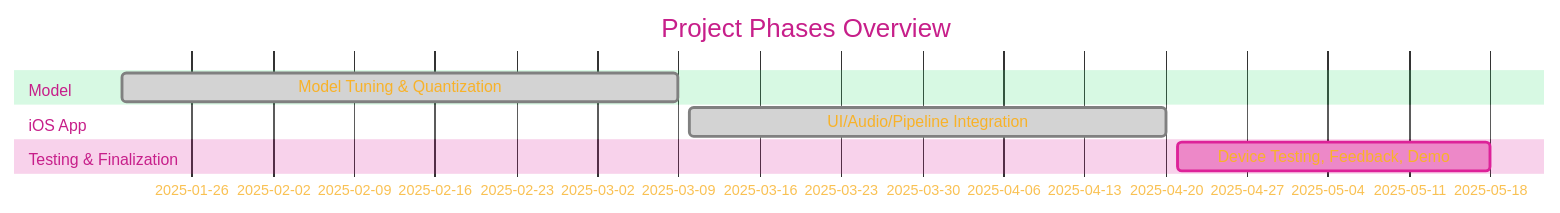
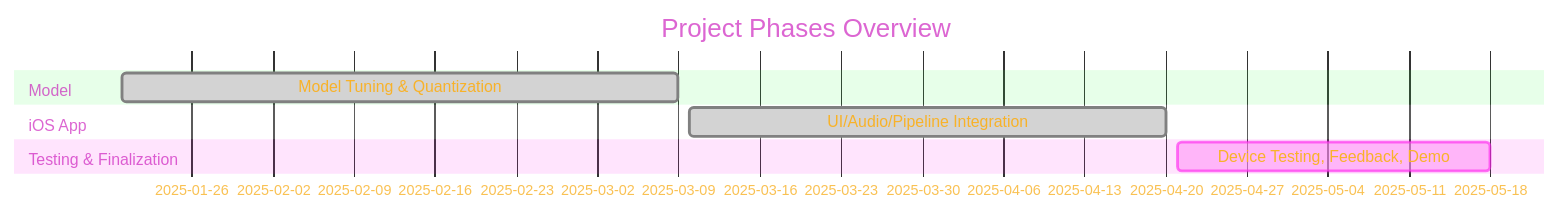
The third of 5 diagrams in README.md (CongLeSolutionX/On_device_real_time_AI_assistant), drawn with Mermaid before and after one commit.

Commit message:
update notes

````diff
--- a/README.md
+++ b/README.md
@@ -231,37 +231,37 @@
 ```mermaid
 ---
-title: "Development Timeline"
+title: "Project Methodology & Phase Timeline"
 author: "Cong Le"
 version: "1.0"
 license(s): "MIT, CC BY 4.0"
 copyright: "Copyright (c) 2025 Cong Le. All Rights Reserved."
 config:
   theme: base
 ---
 %%%%%%%% Mermaid version v11.4.1-b.14
 %%{
   init: {
     'gantt': { 'htmlLabels': false},
     'fontFamily': 'Monaco',
     'themeVariables': {
-      'primaryColor': '#D29',
+      'primaryColor': '#F2E9',
       'primaryTextColor': '#F8B229',
       'lineColor': '#F8B229',
       'primaryBorderColor': '#27AE60',
-      'secondaryColor': '#EEF0',
-      'secondaryTextColor': '#6C3483',
+      'secondaryColor': '#EBDEF0',
+      'secondaryTextColor': '#DD99',
       'secondaryBorderColor': '#A569BD',
       'fontSize': '15px'
     }
   }
 }%%
 gantt
     title Project Phases Overview
     dateFormat  YYYY-MM-DD
     section Model
     Model Tuning & Quantization      :done, m1,2025-01-20,2025-03-09
     section iOS App
     UI/Audio/Pipeline Integration    :done, m2,2025-03-10,2025-04-20
     section Testing & Finalization
     Device Testing, Feedback, Demo   :active, m3,2025-04-21,2025-05-18
 ```
````
